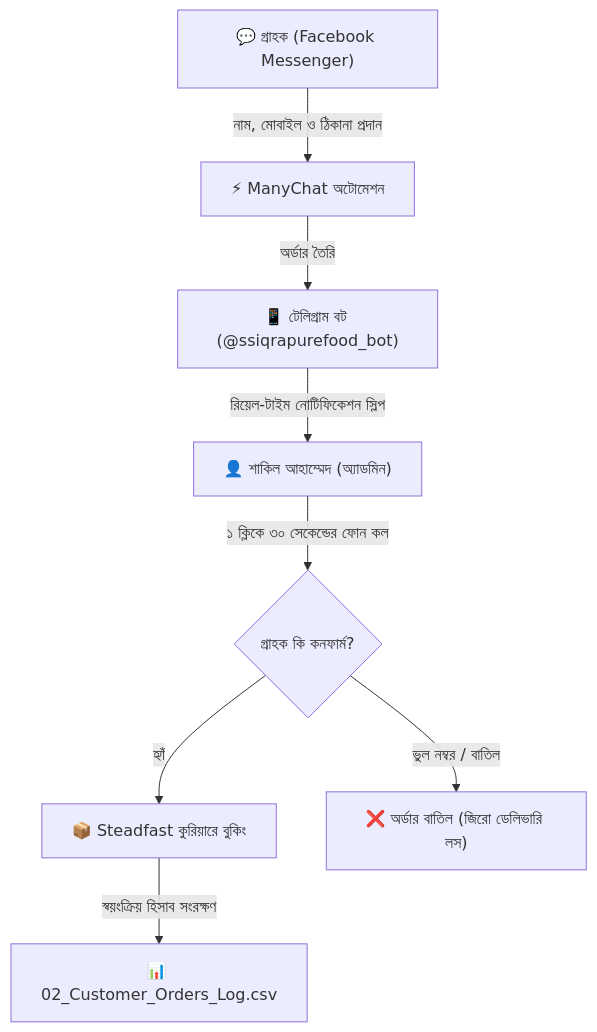
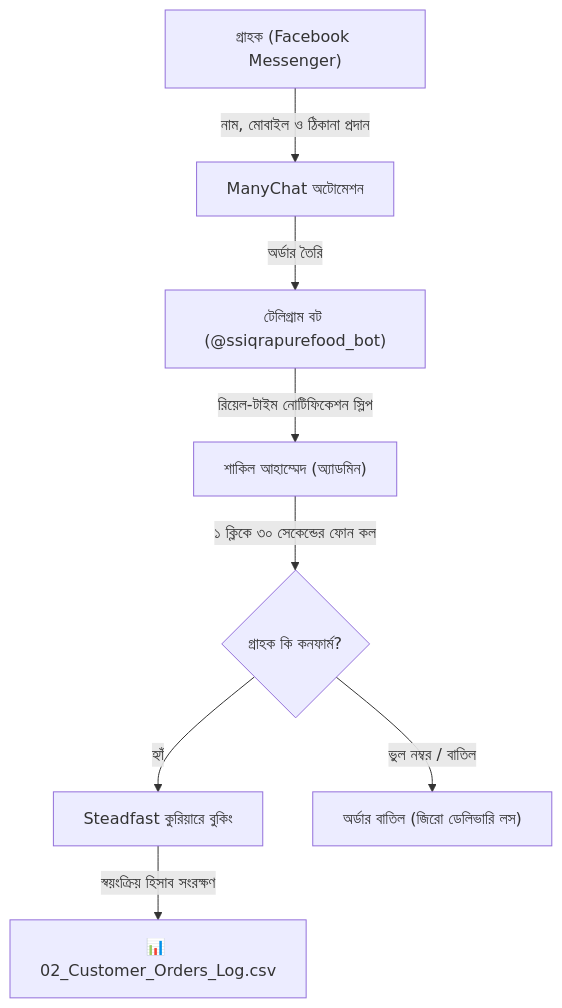
One commit to sakilahammed-dev/ss-iqra-pure-food changed the diagram in docs/TELEGRAM_AND_STEADFAST_AUTOMATION_MANUAL.md. Above: the diagram before and after it, drawn with Mermaid. The commit also changed other lines of this file and 11 other files, not shown here.

````diff
--- a/docs/TELEGRAM_AND_STEADFAST_AUTOMATION_MANUAL.md
+++ b/docs/TELEGRAM_AND_STEADFAST_AUTOMATION_MANUAL.md
@@ -15,10 +15,10 @@
 ```mermaid
 flowchart TD
-    A["💬 গ্রাহক (Facebook Messenger)"] -->|"নাম, মোবাইল ও ঠিকানা প্রদান"| B["⚡ ManyChat অটোমেশন"]
-    B -->|"অর্ডার তৈরি"| C["📱 টেলিগ্রাম বট (@ssiqrapurefood_bot)"]
-    C -->|"রিয়েল-টাইম নোটিফিকেশন স্লিপ"| D["👤 শাকিল আহাম্মেদ (অ্যাডমিন)"]
+    A[" গ্রাহক (Facebook Messenger)"] -->|"নাম, মোবাইল ও ঠিকানা প্রদান"| B[" ManyChat অটোমেশন"]
+    B -->|"অর্ডার তৈরি"| C[" টেলিগ্রাম বট (@ssiqrapurefood_bot)"]
+    C -->|"রিয়েল-টাইম নোটিফিকেশন স্লিপ"| D[" শাকিল আহাম্মেদ (অ্যাডমিন)"]
     D -->|"১ ক্লিকে ৩০ সেকেন্ডের ফোন কল"| E{"গ্রাহক কি কনফার্ম?"}
-    E -->|"হ্যাঁ"| F["📦 Steadfast কুরিয়ারে বুকিং"]
-    E -->|"ভুল নম্বর / বাতিল"| G["❌ অর্ডার বাতিল (জিরো ডেলিভারি লস)"]
+    E -->|"হ্যাঁ"| F[" Steadfast কুরিয়ারে বুকিং"]
+    E -->|"ভুল নম্বর / বাতিল"| G[" অর্ডার বাতিল (জিরো ডেলিভারি লস)"]
     F -->|"স্বয়ংক্রিয় হিসাব সংরক্ষণ"| H["📊 02_Customer_Orders_Log.csv"]
 ```
````
